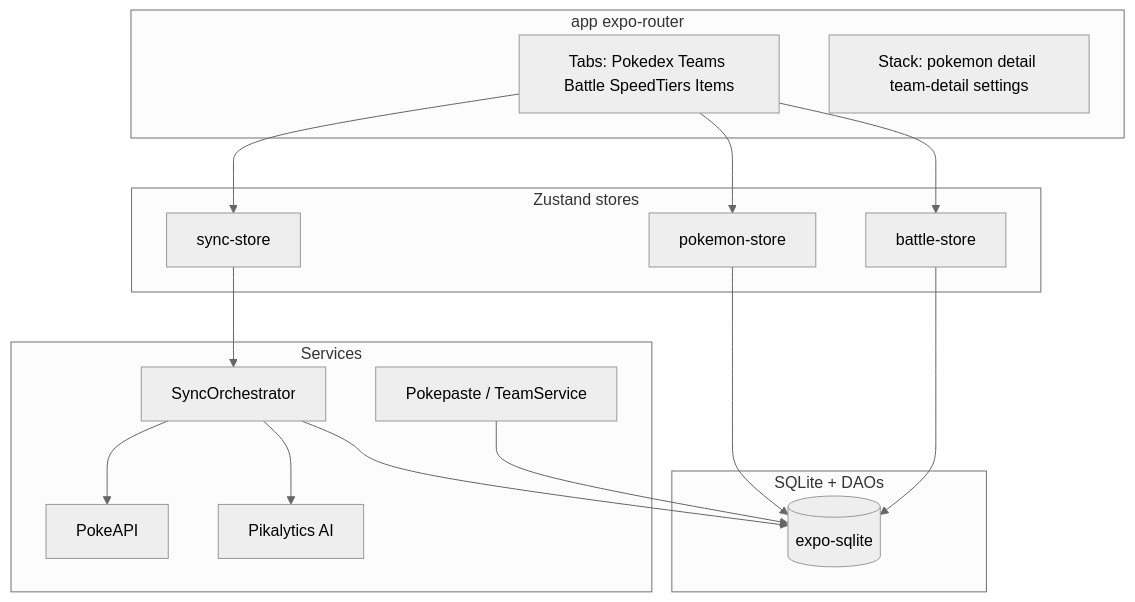
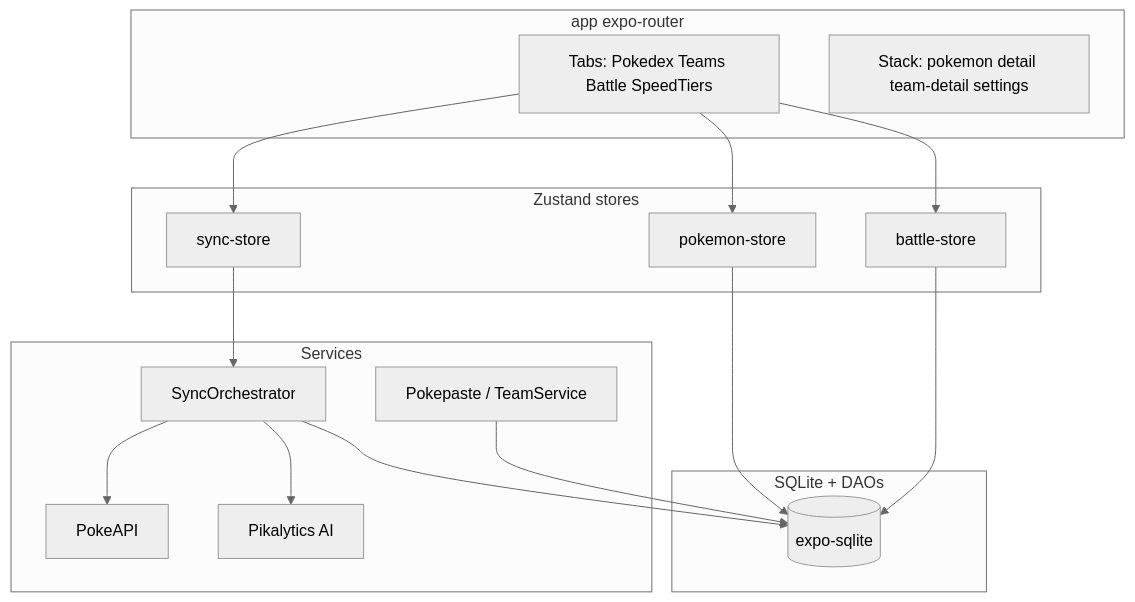
One commit to danielyepez13/pokemon-champions-app changed the diagram in docs/architecture/overview.md. Above: the diagram before and after it, drawn with Mermaid (neutral theme). The commit also changed other lines of this file and 39 other files, not shown here.

````diff
--- a/docs/architecture/overview.md
+++ b/docs/architecture/overview.md
@@ -25,31 +24,31 @@
 ```mermaid
 flowchart TB
   subgraph ui [app expo-router]
-    Tabs[Tabs: Pokedex Teams Battle SpeedTiers Items]
+    Tabs[Tabs: Pokedex Teams Battle SpeedTiers]
     Stacks[Stack: pokemon detail team-detail settings]
   end
   subgraph state [Zustand stores]
     PS[pokemon-store]
     BS[battle-store]
     SS[sync-store]
   end
   subgraph data [SQLite + DAOs]
     DB[(expo-sqlite)]
   end
   subgraph external [Services]
     Sync[SyncOrchestrator]
     PAPI[PokeAPI]
     Pika[Pikalytics AI]
     Paste[Pokepaste / TeamService]
   end
   Tabs --> PS
   Tabs --> BS
   Tabs --> SS
   PS --> DB
   BS --> DB
   SS --> Sync
   Sync --> PAPI
   Sync --> Pika
   Sync --> DB
   Paste --> DB
 ```
````
